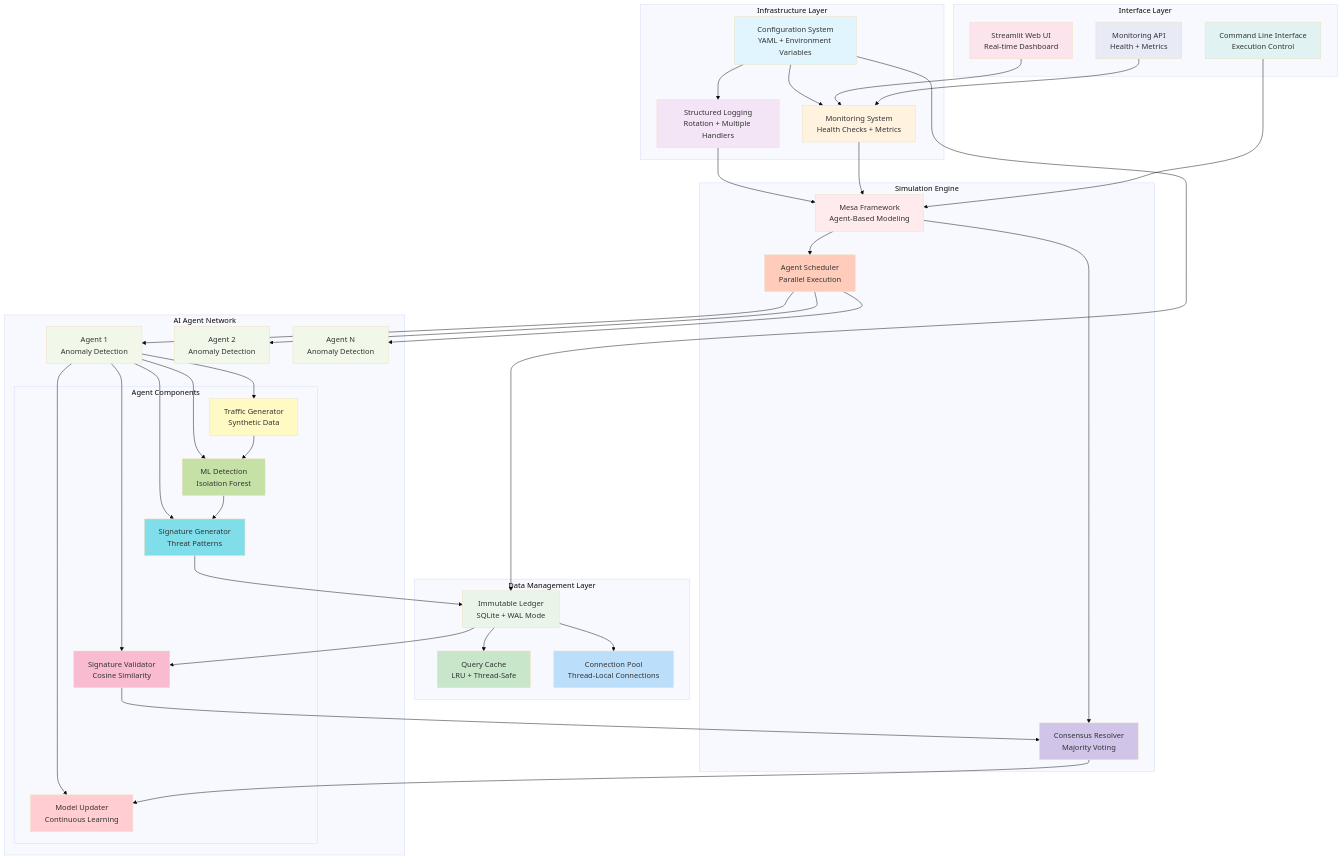
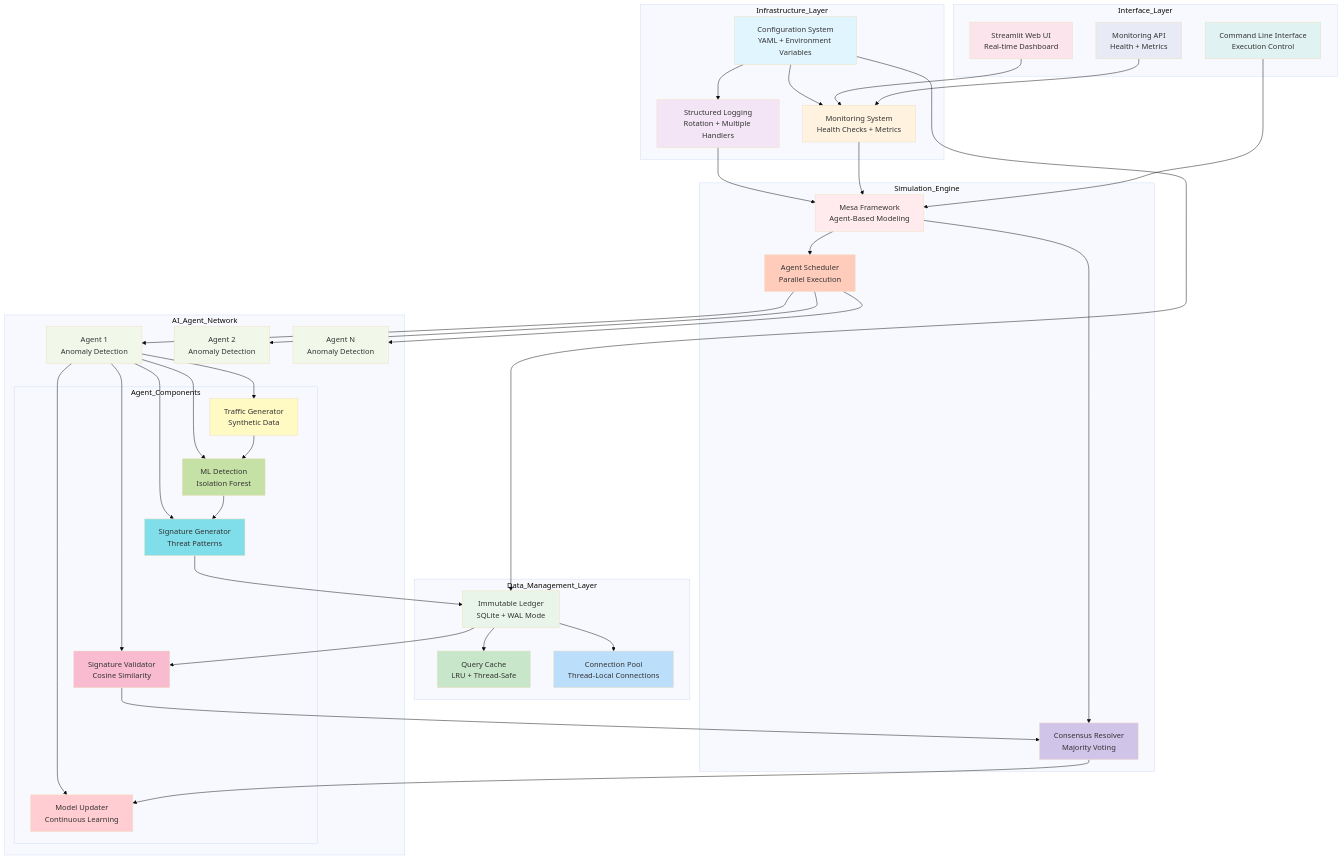
One commit to tanm-sys/build changed the first of 4 diagrams in PROJECT_OVERVIEW.md. Above: the diagram before and after it, drawn with Mermaid (base theme). The commit also changed other lines of this file and 5 other files, not shown here.

Commit message:
Fix Mermaid diagram parse errors in Markdown files (resolve LINK token issues on line 29 and others)

````diff
--- a/PROJECT_OVERVIEW.md
+++ b/PROJECT_OVERVIEW.md
@@ -242,29 +242,29 @@
 ```mermaid
 graph TB
-    subgraph "Infrastructure Layer"
+    subgraph "Infrastructure_Layer"
         CONFIG[Configuration System<br/>YAML + Environment Variables]
         LOGGING[Structured Logging<br/>Rotation + Multiple Handlers]
         MONITOR[Monitoring System<br/>Health Checks + Metrics]
     end
 
-    subgraph "Data Management Layer"
+    subgraph "Data_Management_Layer"
         LEDGER[Immutable Ledger<br/>SQLite + WAL Mode]
         CACHE[Query Cache<br/>LRU + Thread-Safe]
         POOL[Connection Pool<br/>Thread-Local Connections]
     end
 
-    subgraph "Simulation Engine"
+    subgraph "Simulation_Engine"
         MESA[Mesa Framework<br/>Agent-Based Modeling]
         SCHEDULER[Agent Scheduler<br/>Parallel Execution]
         CONSENSUS[Consensus Resolver<br/>Majority Voting]
     end
 
-    subgraph "AI Agent Network"
+    subgraph "AI_Agent_Network"
         AGENT1[Agent 1<br/>Anomaly Detection]
         AGENT2[Agent 2<br/>Anomaly Detection]
         AGENT3[Agent N<br/>Anomaly Detection]
 
-        subgraph "Agent Components"
+        subgraph "Agent_Components"
             TRAFFIC[Traffic Generator<br/>Synthetic Data]
             DETECT[ML Detection<br/>Isolation Forest]
             SIGNATURE[Signature Generator<br/>Threat Patterns]
@@ -273,7 +273,7 @@
         end
     end
 
-    subgraph "Interface Layer"
+    subgraph "Interface_Layer"
         CLI[Command Line Interface<br/>Execution Control]
         WEB[Streamlit Web UI<br/>Real-time Dashboard]
         API[Monitoring API<br/>Health + Metrics]
````
